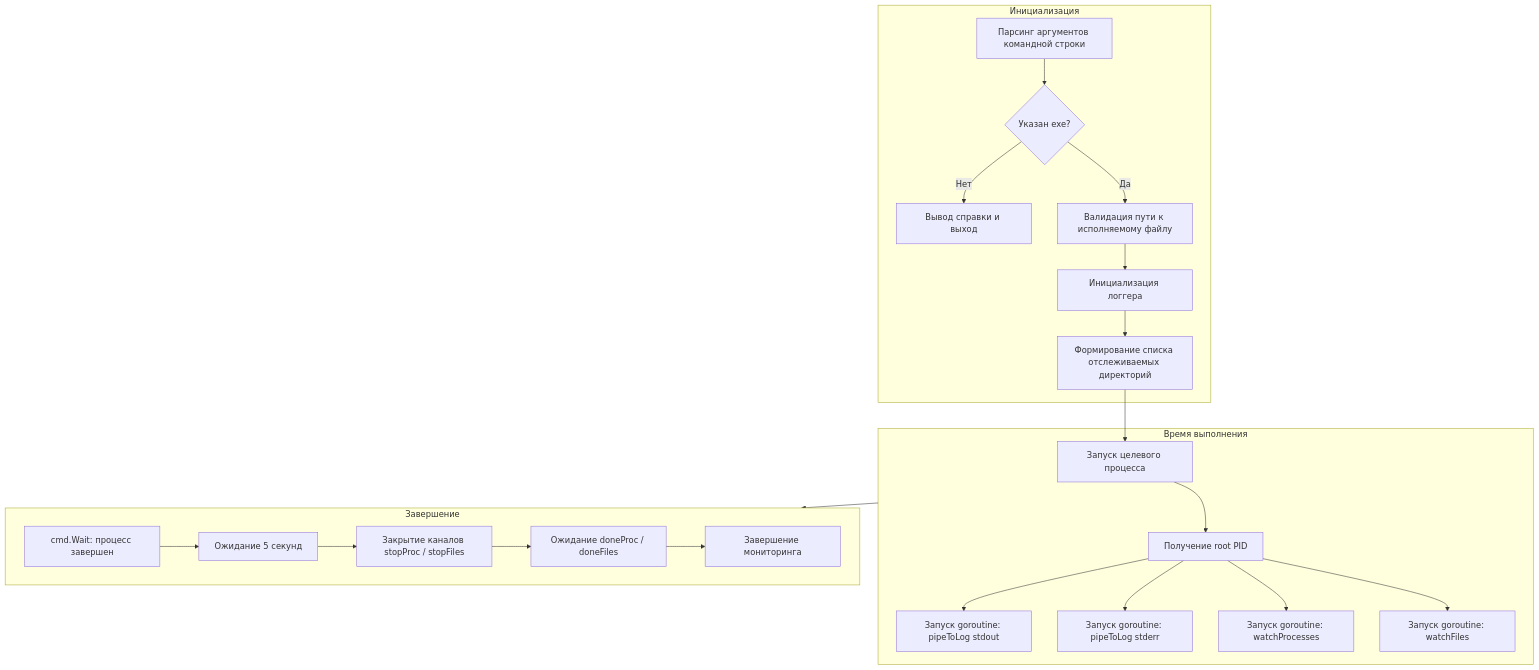
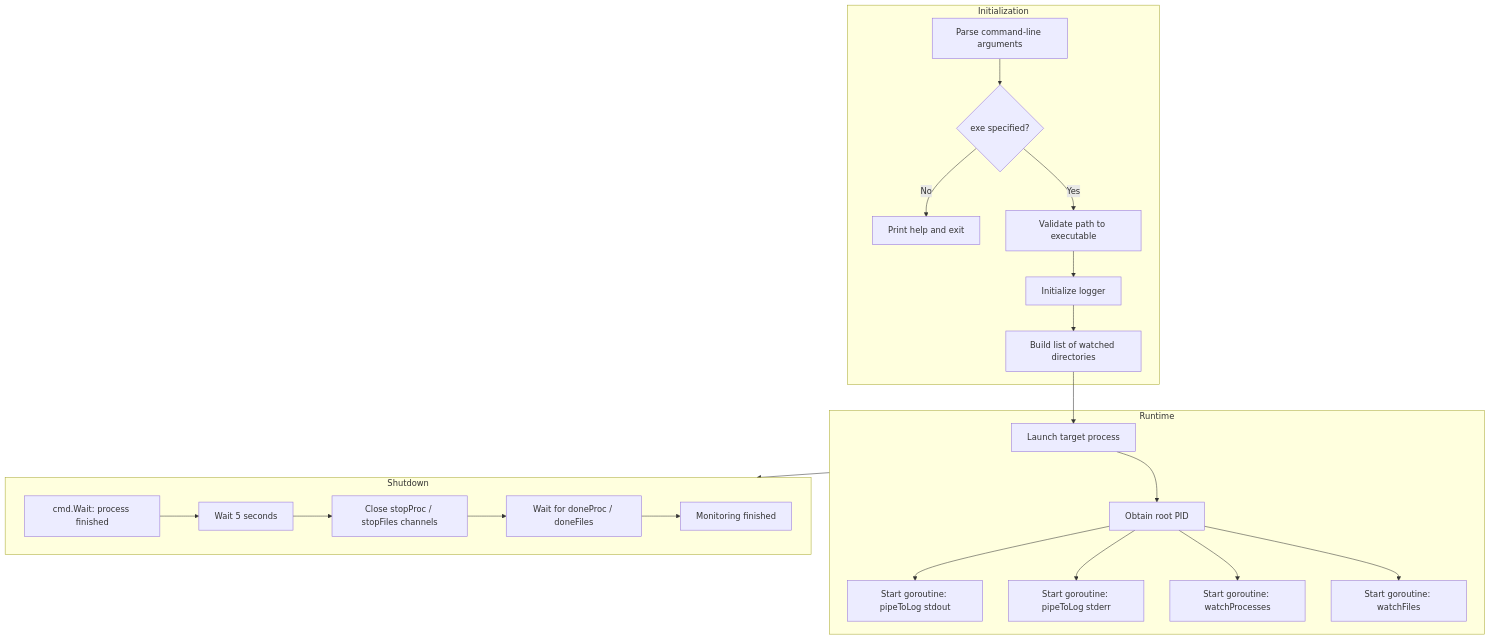
The first of 4 diagrams in README.md (phrensied/procwatch), drawn with Mermaid before and after one commit. The commit also changed other lines of this file, not shown here.

````diff
--- a/README.md
+++ b/README.md
@@ -19,28 +19,28 @@
 ```mermaid
 flowchart TB
-    subgraph CLI["Инициализация"]
-        A[Парсинг аргументов командной строки] --> B{Указан exe?}
-        B -->|Нет| Z[Вывод справки и выход]
-        B -->|Да| C[Валидация пути к исполняемому файлу]
-        C --> D[Инициализация логгера]
-        D --> E[Формирование списка отслеживаемых директорий]
+    subgraph CLI["Initialization"]
+        A[Parse command-line arguments] --> B{exe specified?}
+        B -->|No| Z[Print help and exit]
+        B -->|Yes| C[Validate path to executable]
+        C --> D[Initialize logger]
+        D --> E[Build list of watched directories]
     end
 
-    subgraph RUNTIME["Время выполнения"]
-        E --> F[Запуск целевого процесса]
-        F --> G[Получение root PID]
-        G --> H[Запуск goroutine: pipeToLog stdout]
-        G --> I[Запуск goroutine: pipeToLog stderr]
-        G --> J[Запуск goroutine: watchProcesses]
-        G --> K[Запуск goroutine: watchFiles]
+    subgraph RUNTIME["Runtime"]
+        E --> F[Launch target process]
+        F --> G[Obtain root PID]
+        G --> H[Start goroutine: pipeToLog stdout]
+        G --> I[Start goroutine: pipeToLog stderr]
+        G --> J[Start goroutine: watchProcesses]
+        G --> K[Start goroutine: watchFiles]
     end
 
-    subgraph SHUTDOWN["Завершение"]
-        L[cmd.Wait: процесс завершен] --> M[Ожидание 5 секунд]
-        M --> N[Закрытие каналов stopProc / stopFiles]
-        N --> O[Ожидание doneProc / doneFiles]
-        O --> P[Завершение мониторинга]
+    subgraph SHUTDOWN["Shutdown"]
+        L[cmd.Wait: process finished] --> M[Wait 5 seconds]
+        M --> N[Close stopProc / stopFiles channels]
+        N --> O[Wait for doneProc / doneFiles]
+        O --> P[Monitoring finished]
     end
 
     RUNTIME --> SHUTDOWN
 ```
````
